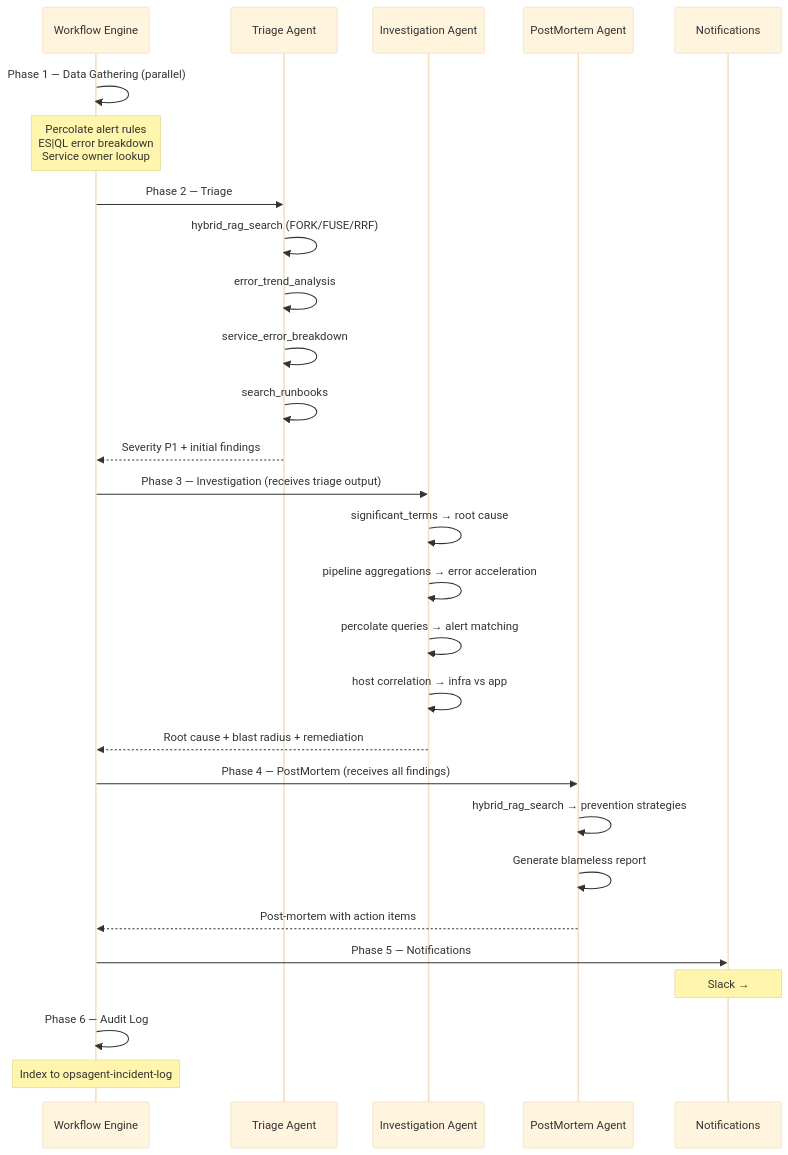
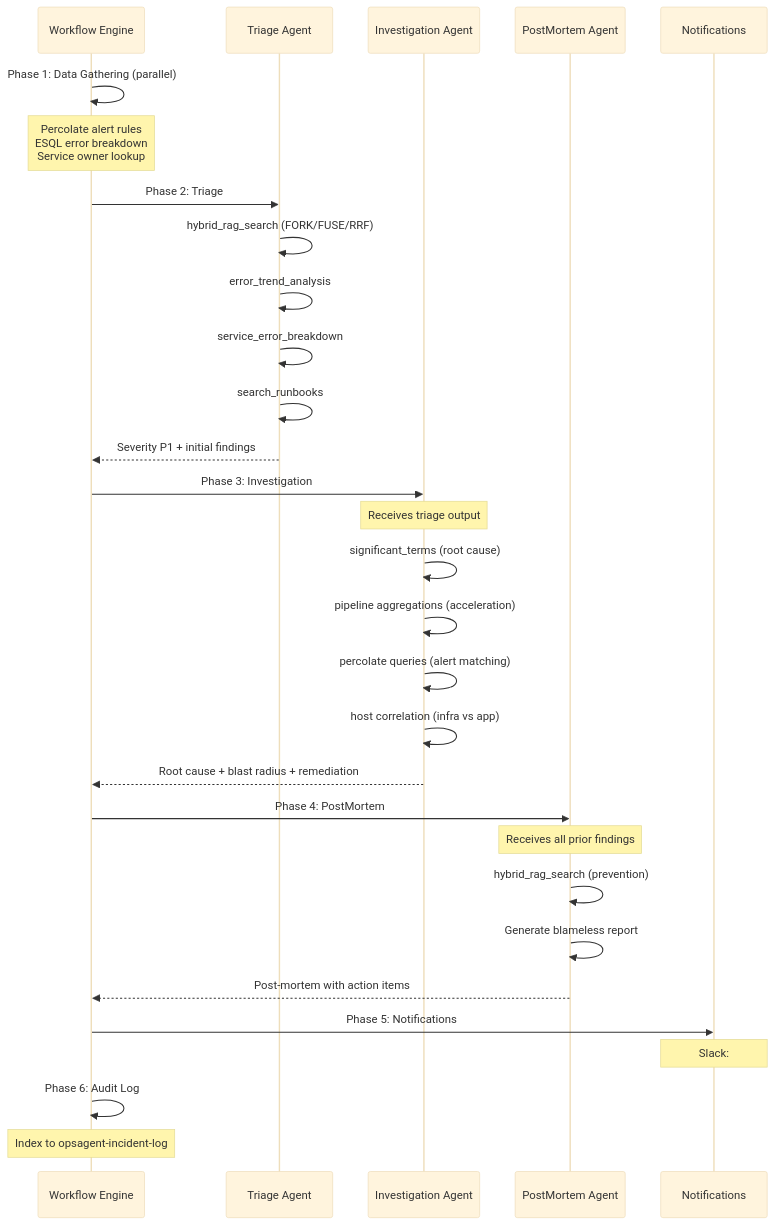
Before and after one commit to nihalnihalani/IncidentIQ: the second of 2 diagrams in README.md, drawn with Mermaid (base theme). The commit also changed other lines of this file and 1 other file, not shown here.

First line of the commit message:
fix: simplify Mermaid diagrams and add Devpost submission doc

````diff
--- a/README.md
+++ b/README.md
@@ -155,36 +139,38 @@
 ```mermaid
 sequenceDiagram
     participant W as Workflow Engine
     participant T as Triage Agent
     participant I as Investigation Agent
     participant PM as PostMortem Agent
     participant N as Notifications
 
-    W->>W: Phase 1 — Data Gathering (parallel)
-    Note over W: Percolate alert rules<br/>ES|QL error breakdown<br/>Service owner lookup
+    W->>W: Phase 1: Data Gathering (parallel)
+    Note over W: Percolate alert rules<br/>ESQL error breakdown<br/>Service owner lookup
 
-    W->>T: Phase 2 — Triage
+    W->>T: Phase 2: Triage
     T->>T: hybrid_rag_search (FORK/FUSE/RRF)
     T->>T: error_trend_analysis
     T->>T: service_error_breakdown
     T->>T: search_runbooks
     T-->>W: Severity P1 + initial findings
 
-    W->>I: Phase 3 — Investigation (receives triage output)
-    I->>I: significant_terms → root cause
-    I->>I: pipeline aggregations → error acceleration
-    I->>I: percolate queries → alert matching
-    I->>I: host correlation → infra vs app
+    W->>I: Phase 3: Investigation
+    Note over I: Receives triage output
+    I->>I: significant_terms (root cause)
+    I->>I: pipeline aggregations (acceleration)
+    I->>I: percolate queries (alert matching)
+    I->>I: host correlation (infra vs app)
     I-->>W: Root cause + blast radius + remediation
 
-    W->>PM: Phase 4 — PostMortem (receives all findings)
-    PM->>PM: hybrid_rag_search → prevention strategies
+    W->>PM: Phase 4: PostMortem
+    Note over PM: Receives all prior findings
+    PM->>PM: hybrid_rag_search (prevention)
     PM->>PM: Generate blameless report
     PM-->>W: Post-mortem with action items
 
-    W->>N: Phase 5 — Notifications
-    Note over N: Slack → #payments-team<br/>Jira → P1 ticket OPS-2847
+    W->>N: Phase 5: Notifications
+    Note over N: Slack: #payments-team<br/>Jira: P1 ticket OPS-2847
 
-    W->>W: Phase 6 — Audit Log
+    W->>W: Phase 6: Audit Log
     Note over W: Index to opsagent-incident-log
 ```
````
